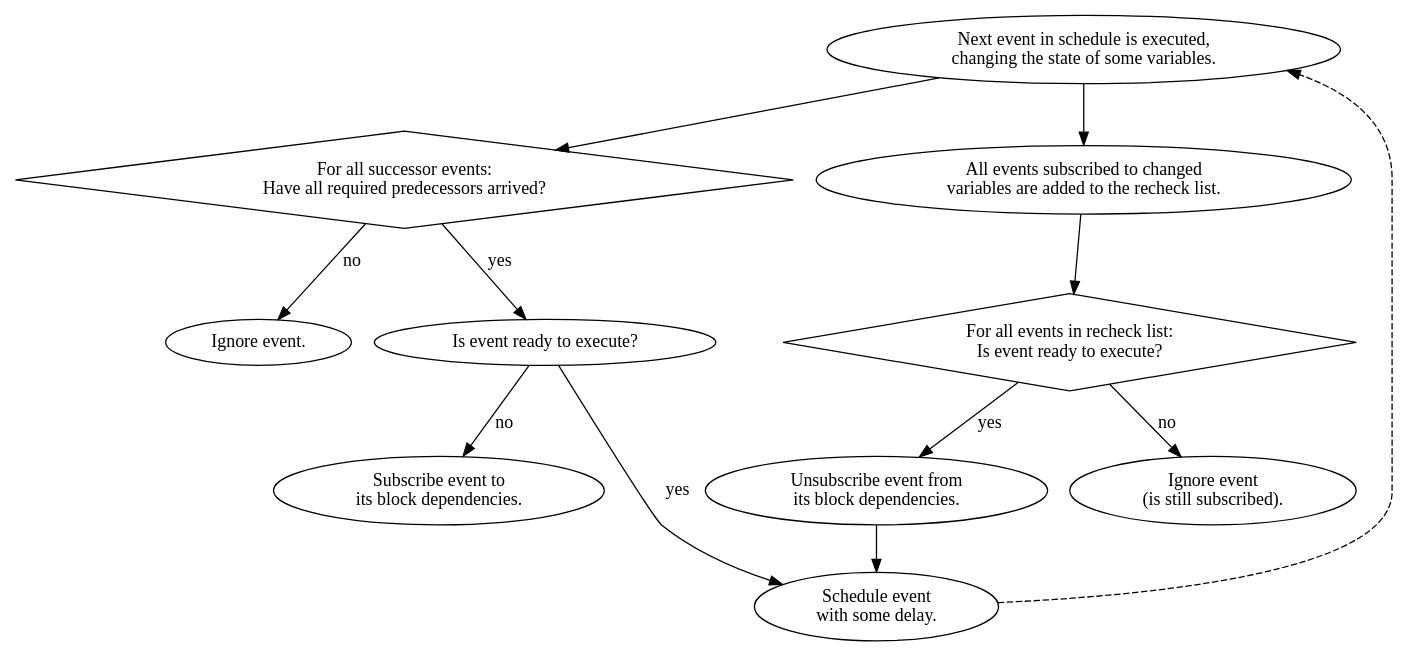
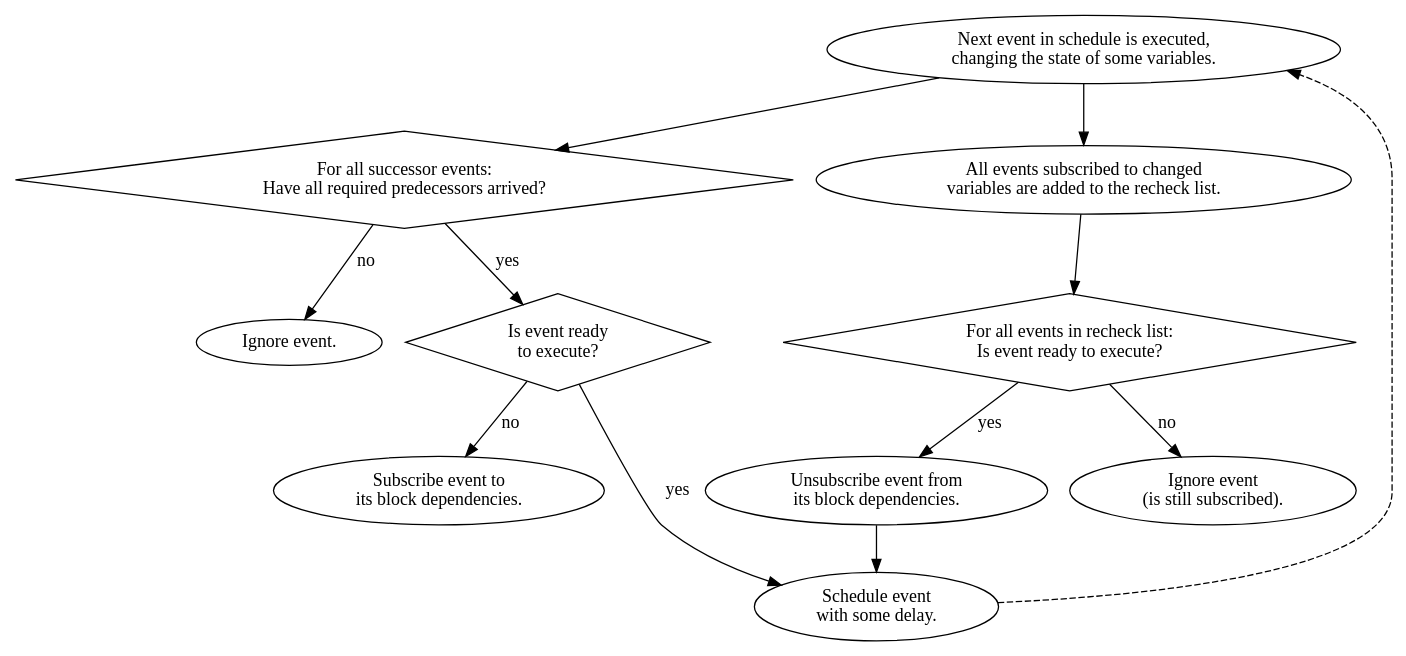
Before and after one commit to fangism/hackt: the diagram in dox/chpsim/figs/chpsim_event_cycle.dot, drawn with Graphviz.

Commit message:
figure update

```diff
--- a/dox/chpsim/figs/chpsim_event_cycle.dot
+++ b/dox/chpsim/figs/chpsim_event_cycle.dot
@@ -1,32 +1,32 @@
 # "figs/chpsim_event_cycle.dot"
-#	$Id: chpsim_event_cycle.dot,v 1.1 2007/02/06 21:36:28 fang Exp $
+#	$Id: chpsim_event_cycle.dot,v 1.2 2007/02/07 19:12:11 fang Exp $
 
 digraph G {
 # fontsize=24;
 
 { rank=source;
 EXECUTE		[label="Next event in schedule is executed,\nchanging the state of some variables."];
 }
 SUCC_RECHECK_PRED	[label="For all successor events:\nHave all required predecessors arrived?", shape=diamond];
 RECHECK_PRED_NO		[label="Ignore event."];
-SUCC_CHECK_BLOCK	[label="Is event ready to execute?"];
+SUCC_CHECK_BLOCK	[label="Is event ready\nto execute?", shape=diamond];
 SUBSCRIBE	[label="Subscribe event to\nits block dependencies."];
 UPDATE		[label="All events subscribed to changed\nvariables are added to the recheck list."];
 UPDATE_RECHECK	[label="For all events in recheck list:\nIs event ready to execute?", shape=diamond];
 UNBLOCK		[label="Unsubscribe event from\nits block dependencies."];
 UPDATE_RECHECK_NO	[label="Ignore event\n(is still subscribed)."];
 SCHEDULE	[label="Schedule event\nwith some delay."];
 
 EXECUTE -> SUCC_RECHECK_PRED;
 SUCC_RECHECK_PRED -> RECHECK_PRED_NO	[label="no"];
 SUCC_RECHECK_PRED -> SUCC_CHECK_BLOCK	[label="yes"];
 SUCC_CHECK_BLOCK -> SUBSCRIBE		[label="no"];
 SUCC_CHECK_BLOCK -> SCHEDULE		[label="yes"];
 EXECUTE -> UPDATE;
 UPDATE -> UPDATE_RECHECK;
 UPDATE_RECHECK -> UPDATE_RECHECK_NO	[label="no"];
 UPDATE_RECHECK -> UNBLOCK		[label="yes"];
 UNBLOCK -> SCHEDULE;
 SCHEDULE -> EXECUTE	[style=dashed];
 
 }
```
